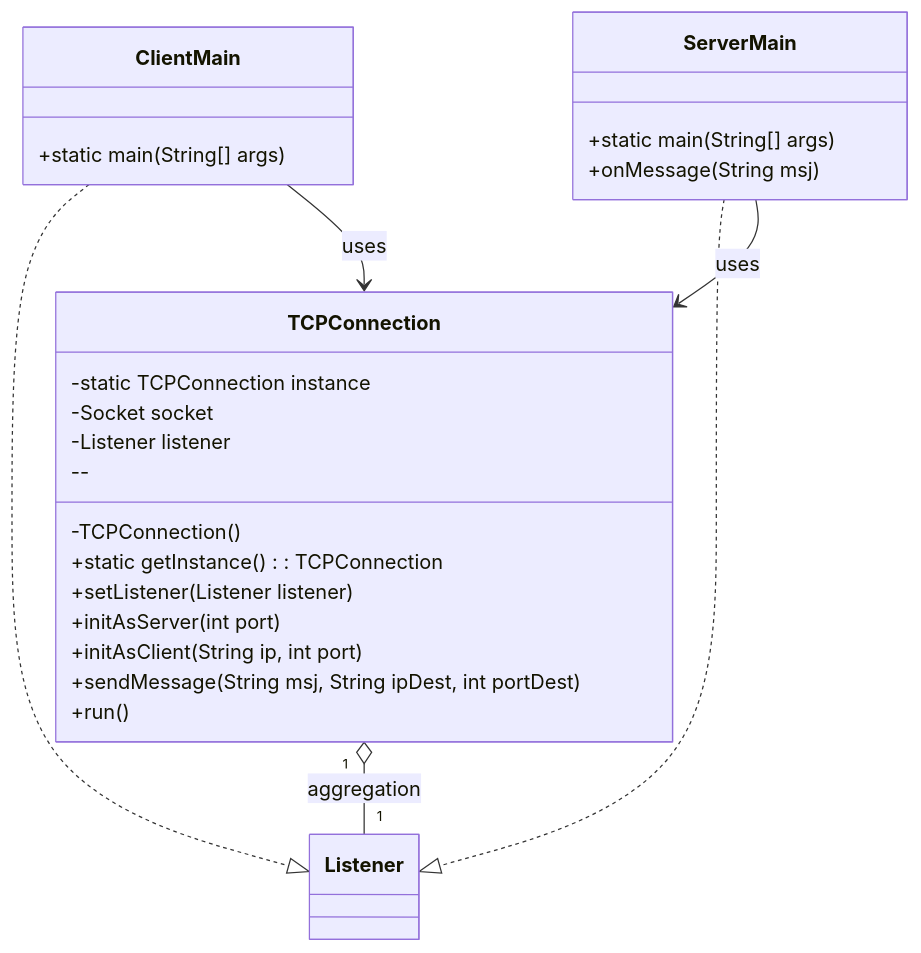
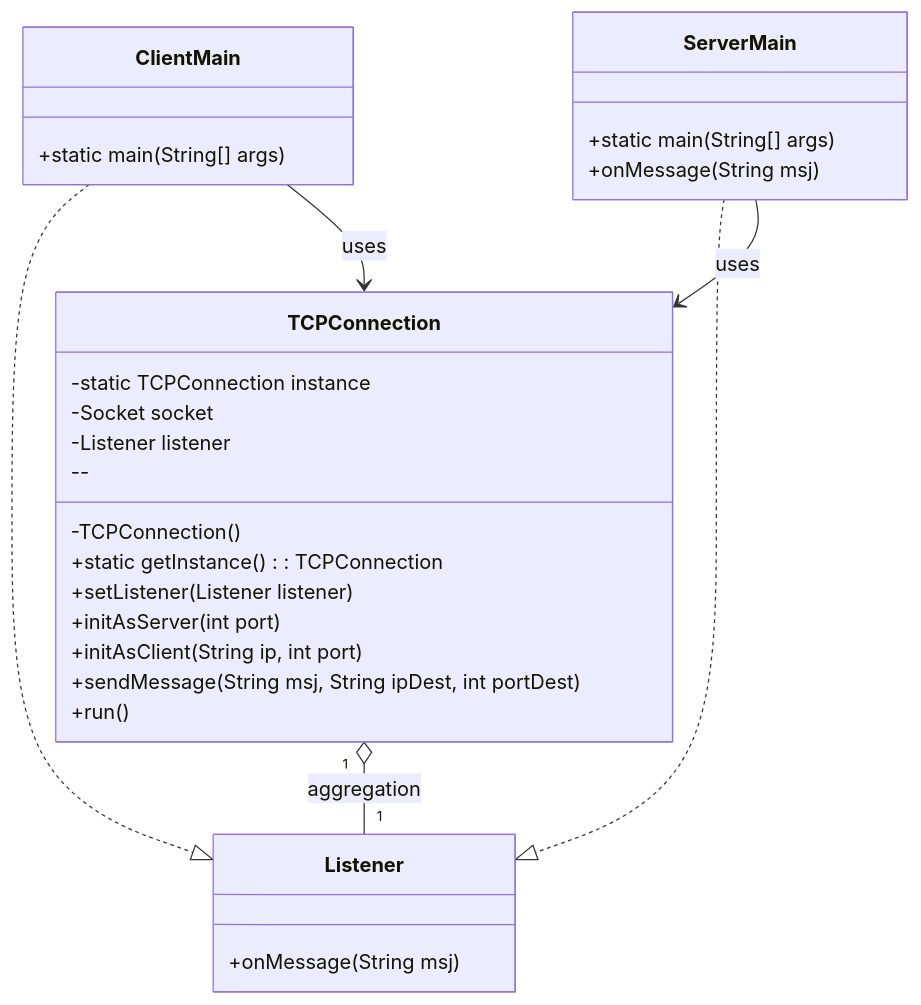
Before and after one commit to njse22/Computacion-1-2025-2: the diagram in 03_tcp/README.md, drawn with Mermaid. The commit also changed other lines of this file, not shown here.

````diff
--- a/03_tcp/README.md
+++ b/03_tcp/README.md
@@ -44,33 +46,37 @@
 ```mermaid
 classDiagram
   direction TB
 
   %% Interfaces and Classes
   class TCPConnection {
     -static TCPConnection instance
     -Socket socket
     -Listener listener
     --
     -TCPConnection()
     +static getInstance(): TCPConnection
     +setListener(Listener listener)
     +initAsServer(int port)
     +initAsClient(String ip, int port)
     +sendMessage(String msj, String ipDest, int portDest)
     +run()
   }
   class ClientMain {
     +static main(String[] args)
   }
   class ServerMain {
     +static main(String[] args)
     +onMessage(String msj)
   }
 
+  class Listener {
+    +onMessage(String msj)
+  }
+
   %% Connections and Relationships
   TCPConnection "1" o-- "1" Listener : aggregation
   ServerMain ..|> Listener
   ClientMain ..|> Listener
   ClientMain --> TCPConnection : uses
   ServerMain --> TCPConnection : uses
 ```
````
